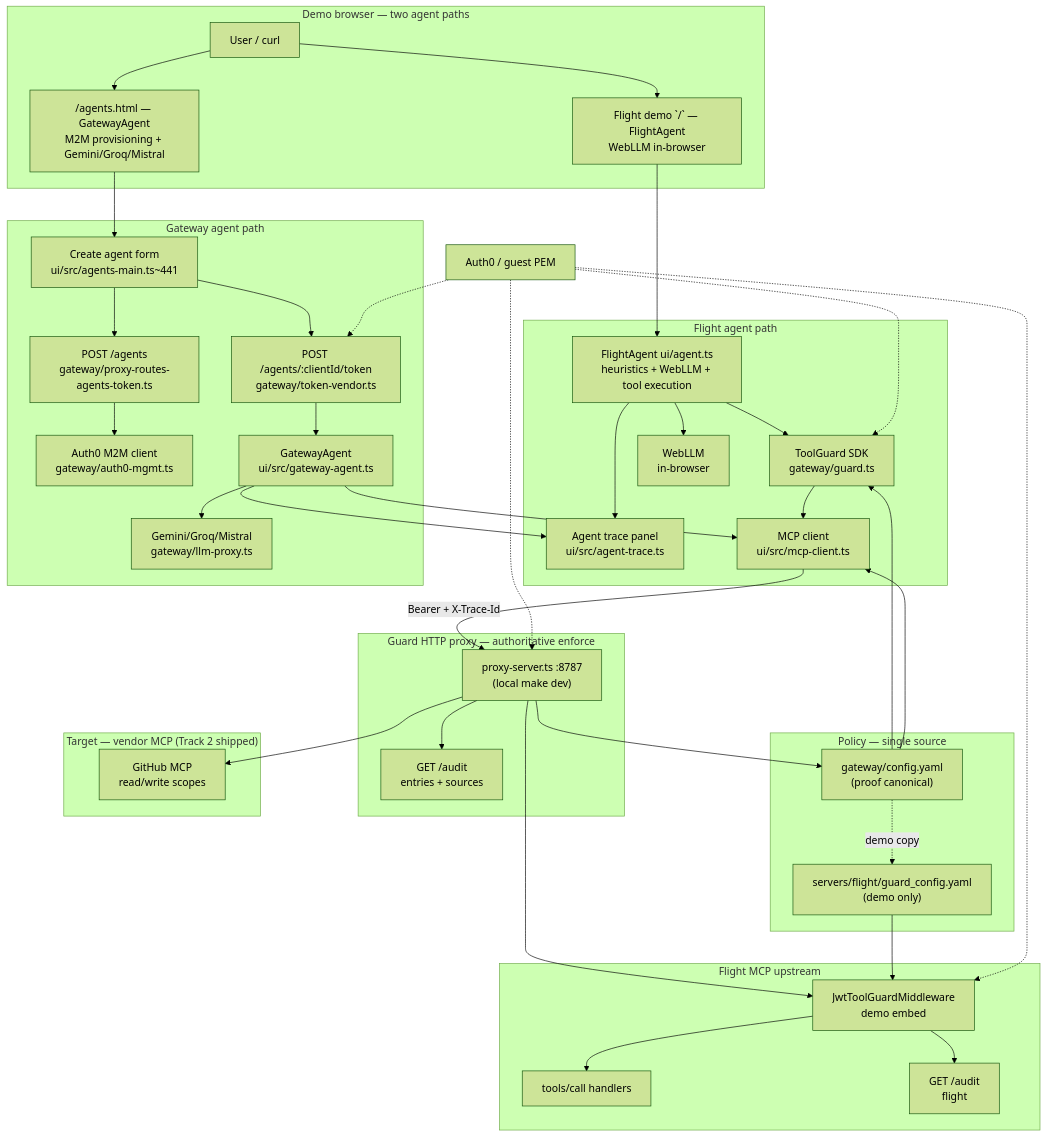
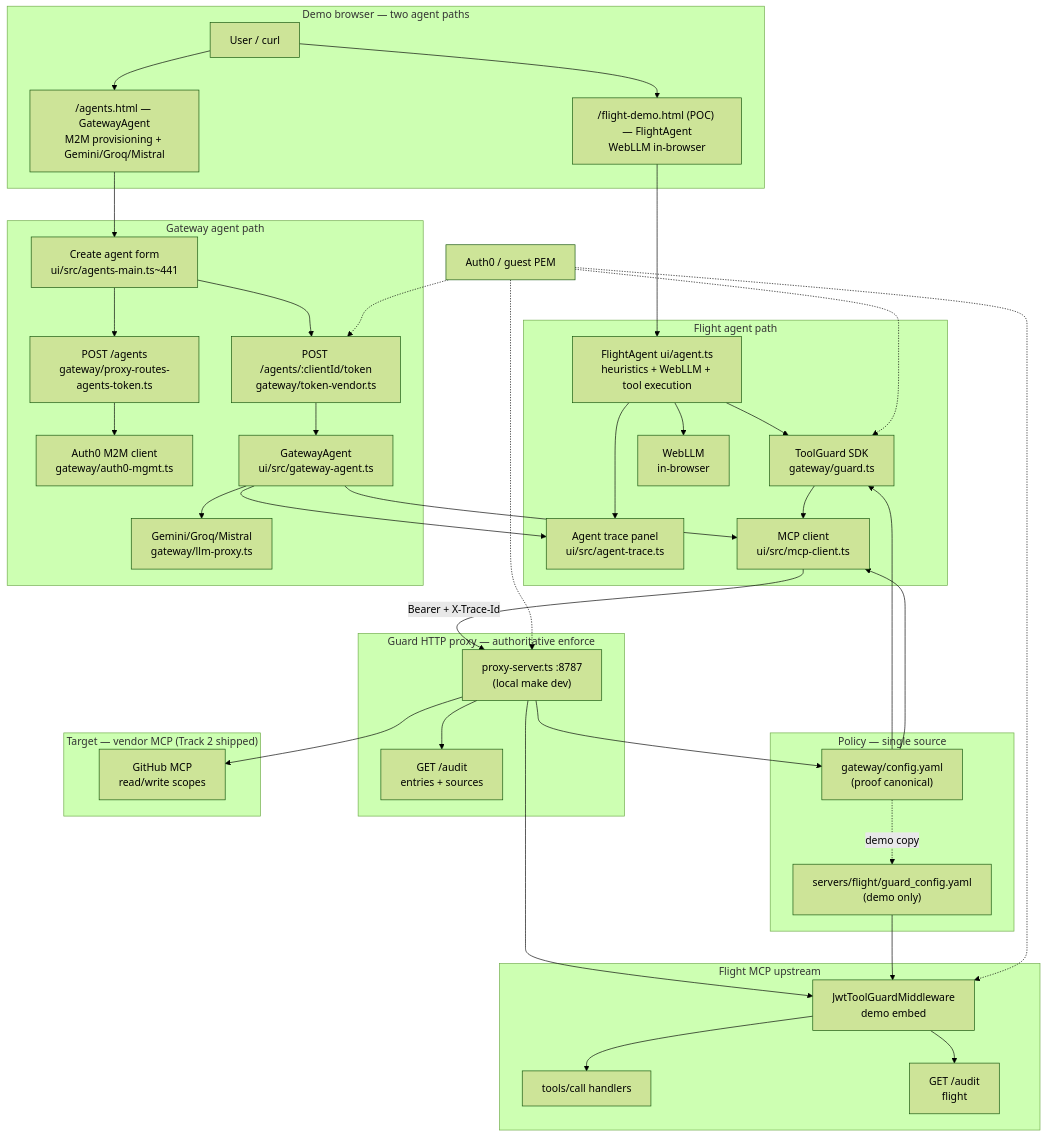
One commit to peterkrentel/mcp-tool-guard changed the first of 4 diagrams in docs/ARCHITECTURE.md. Above: the diagram before and after it, drawn with Mermaid (forest theme). The commit also changed 6 other files, not shown here.

````diff
--- a/docs/ARCHITECTURE.md
+++ b/docs/ARCHITECTURE.md
@@ -11,74 +11,74 @@
 ```mermaid
 flowchart TB
   subgraph demo ["Demo browser — two agent paths"]
     User[User / curl]
-    FlightDemo["Flight demo `/` — FlightAgent<br/>WebLLM in-browser"]
+    FlightDemo["/flight-demo.html (POC) — FlightAgent<br/>WebLLM in-browser"]
     AgentGateway["/agents.html — GatewayAgent<br/>M2M provisioning + Gemini/Groq/Mistral"]
     User --> FlightDemo
     User --> AgentGateway
   end
 
   subgraph flight_path ["Flight agent path"]
     FlightAgent["FlightAgent ui/agent.ts<br/>heuristics + WebLLM + tool execution"]
     TG["ToolGuard SDK<br/>gateway/guard.ts"]
     Trace["Agent trace panel<br/>ui/src/agent-trace.ts"]
     MCPc["MCP client<br/>ui/src/mcp-client.ts"]
     FlightDemo --> FlightAgent
     FlightAgent --> WebLLM["WebLLM<br/>in-browser"]
     FlightAgent --> Trace
     FlightAgent --> TG
     TG --> MCPc
   end
 
   subgraph gateway_path ["Gateway agent path"]
     GatewayUI["Create agent form<br/>ui/src/agents-main.ts~441"]
     CreateAgent["POST /agents<br/>gateway/proxy-routes-agents-token.ts"]
     VendToken["POST /agents/:clientId/token<br/>gateway/token-vendor.ts"]
     Auth0Client["Auth0 M2M client<br/>gateway/auth0-mgmt.ts"]
     GatewayAgent["GatewayAgent<br/>ui/src/gateway-agent.ts"]
     Gemini["Gemini/Groq/Mistral<br/>gateway/llm-proxy.ts"]
     AgentGateway --> GatewayUI
     GatewayUI --> CreateAgent
     CreateAgent --> Auth0Client
     GatewayUI --> VendToken
     VendToken --> GatewayAgent
     GatewayAgent --> Trace
     GatewayAgent --> Gemini
     GatewayAgent --> MCPc
   end
 
   subgraph policy ["Policy — single source"]
     YAML["gateway/config.yaml<br/>(proof canonical)"]
     YAML --> TG
     YAML --> MCPc
     YAML -.->|demo copy| FlightYaml["servers/flight/guard_config.yaml<br/>(demo only)"]
   end
 
   subgraph proxy ["Guard HTTP proxy — authoritative enforce"]
     Proxy["proxy-server.ts :8787<br/>(local make dev)"]
     ProxyAudit["GET /audit<br/>entries + sources"]
     MCPc -->|Bearer + X-Trace-Id| Proxy
     Proxy --> YAML
     Proxy --> ProxyAudit
   end
 
   subgraph flight ["Flight MCP upstream"]
     MW["JwtToolGuardMiddleware<br/>demo embed"]
     Tools["tools/call handlers"]
     FlightAudit["GET /audit<br/>flight"]
     Proxy --> MW
     MW --> Tools
     MW --> FlightAudit
     FlightYaml --> MW
   end
 
   subgraph vendor ["Target — vendor MCP (Track 2 shipped)"]
     GitHub["GitHub MCP<br/>read/write scopes"]
     Proxy --> GitHub
   end
 
   IdP["Auth0 / guest PEM"] -.-> TG
   IdP -.-> VendToken
   IdP -.-> Proxy
   IdP -.-> MW
 ```
````
